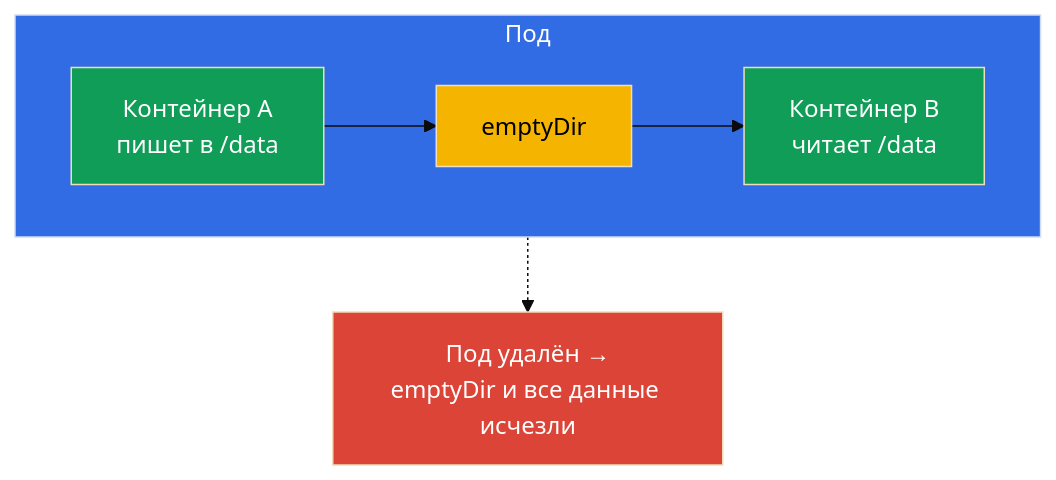
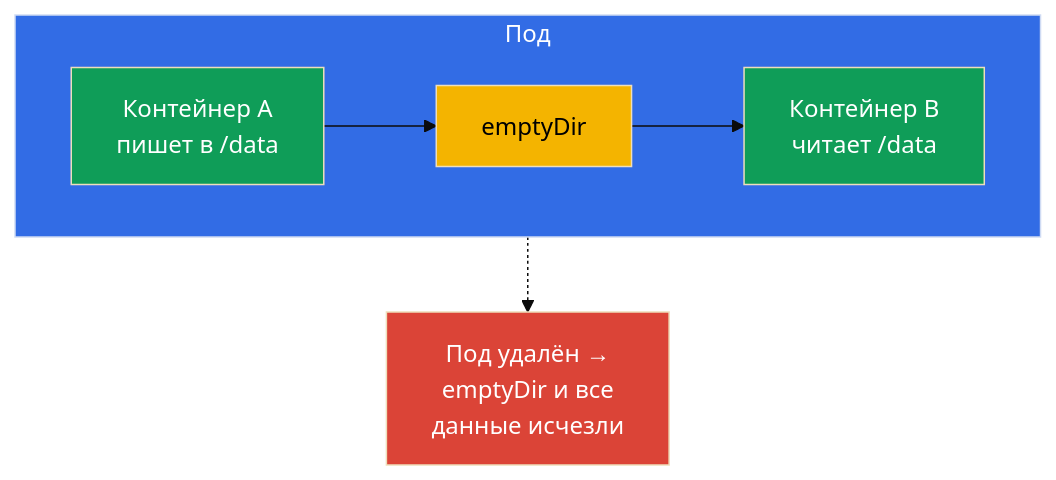
One commit to ViktorUJ/cks changed the third of 6 diagrams in tasks/cka/course/24/ru.md. Above: the diagram before and after it, drawn with Mermaid (base theme). The commit also changed other lines of this file and 30 other files, not shown here.

````diff
--- a/tasks/cka/course/24/ru.md
+++ b/tasks/cka/course/24/ru.md
@@ -72,17 +72,17 @@
 ```mermaid
 flowchart TB
     subgraph Pod["Под"]
         c1["Контейнер A<br>пишет в /data"]
         c2["Контейнер B<br>читает /data"]
         ed["emptyDir"]
         c1 --> ed
         ed --> c2
     end
-    del["Под удалён →<br>emptyDir и все данные исчезли"]
+    del["Под удалён →<br>emptyDir и все<br>данные исчезли"]
     Pod -.-> del
     style Pod fill:#326ce5,color:#fff
     style c1 fill:#0f9d58,color:#fff
     style c2 fill:#0f9d58,color:#fff
     style ed fill:#f4b400,color:#000
     style del fill:#db4437,color:#fff
 ```
````
